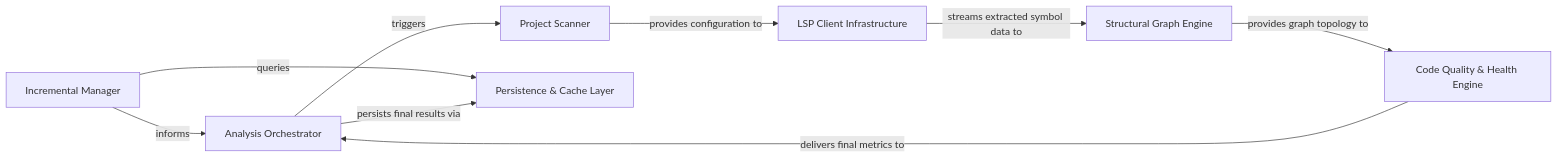
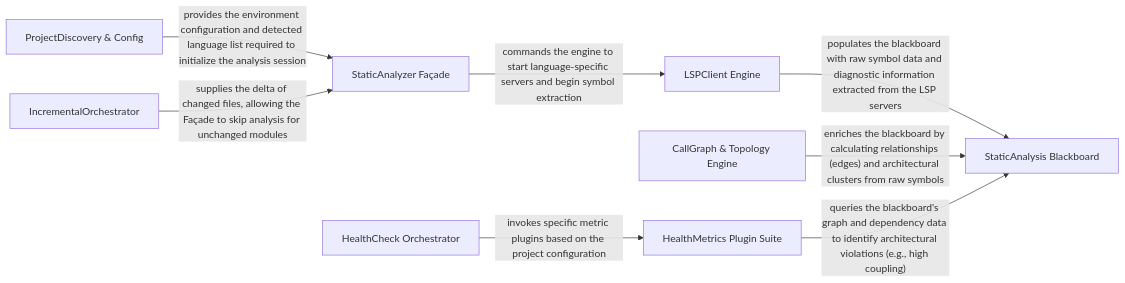
Before and after one commit to CodeBoarding/CodeBoarding: the diagram in .codeboarding/Static_Code_Analyzer.md, drawn with Mermaid. The commit also changed other lines of this file and 10 other files, not shown here.

````diff
--- a/.codeboarding/Static_Code_Analyzer.md
+++ b/.codeboarding/Static_Code_Analyzer.md
@@ -1,18 +1,18 @@
 ```mermaid
 graph LR
-    Analysis_Orchestrator["Analysis Orchestrator"]
-    Project_Scanner["Project Scanner"]
-    LSP_Client_Infrastructure["LSP Client Infrastructure"]
-    Structural_Graph_Engine["Structural Graph Engine"]
-    Incremental_Manager["Incremental Manager"]
-    Code_Quality_Health_Engine["Code Quality & Health Engine"]
-    Persistence_Cache_Layer["Persistence & Cache Layer"]
-    Analysis_Orchestrator -- "triggers" --> Project_Scanner
-    Project_Scanner -- "provides configuration to" --> LSP_Client_Infrastructure
-    LSP_Client_Infrastructure -- "streams extracted symbol data to" --> Structural_Graph_Engine
-    Structural_Graph_Engine -- "provides graph topology to" --> Code_Quality_Health_Engine
-    Incremental_Manager -- "queries" --> Persistence_Cache_Layer
-    Incremental_Manager -- "informs" --> Analysis_Orchestrator
-    Code_Quality_Health_Engine -- "delivers final metrics to" --> Analysis_Orchestrator
-    Analysis_Orchestrator -- "persists final results via" --> Persistence_Cache_Layer
+    StaticAnalyzer_Façade["StaticAnalyzer Façade"]
+    LSPClient_Engine["LSPClient Engine"]
+    ProjectDiscovery_Config["ProjectDiscovery & Config"]
+    IncrementalOrchestrator["IncrementalOrchestrator"]
+    CallGraph_Topology_Engine["CallGraph & Topology Engine"]
+    StaticAnalysis_Blackboard["StaticAnalysis Blackboard"]
+    HealthCheck_Orchestrator["HealthCheck Orchestrator"]
+    HealthMetrics_Plugin_Suite["HealthMetrics Plugin Suite"]
+    ProjectDiscovery_Config -- "provides the environment configuration and detected language list required to initialize the analysis session" --> StaticAnalyzer_Façade
+    IncrementalOrchestrator -- "supplies the delta of changed files, allowing the Façade to skip analysis for unchanged modules" --> StaticAnalyzer_Façade
+    StaticAnalyzer_Façade -- "commands the engine to start language-specific servers and begin symbol extraction" --> LSPClient_Engine
+    LSPClient_Engine -- "populates the blackboard with raw symbol data and diagnostic information extracted from the LSP servers" --> StaticAnalysis_Blackboard
+    CallGraph_Topology_Engine -- "enriches the blackboard by calculating relationships (edges) and architectural clusters from raw symbols" --> StaticAnalysis_Blackboard
+    HealthCheck_Orchestrator -- "invokes specific metric plugins based on the project configuration" --> HealthMetrics_Plugin_Suite
+    HealthMetrics_Plugin_Suite -- "queries the blackboard's graph and dependency data to identify architectural violations (e.g., high coupling)" --> StaticAnalysis_Blackboard
 ```
````
